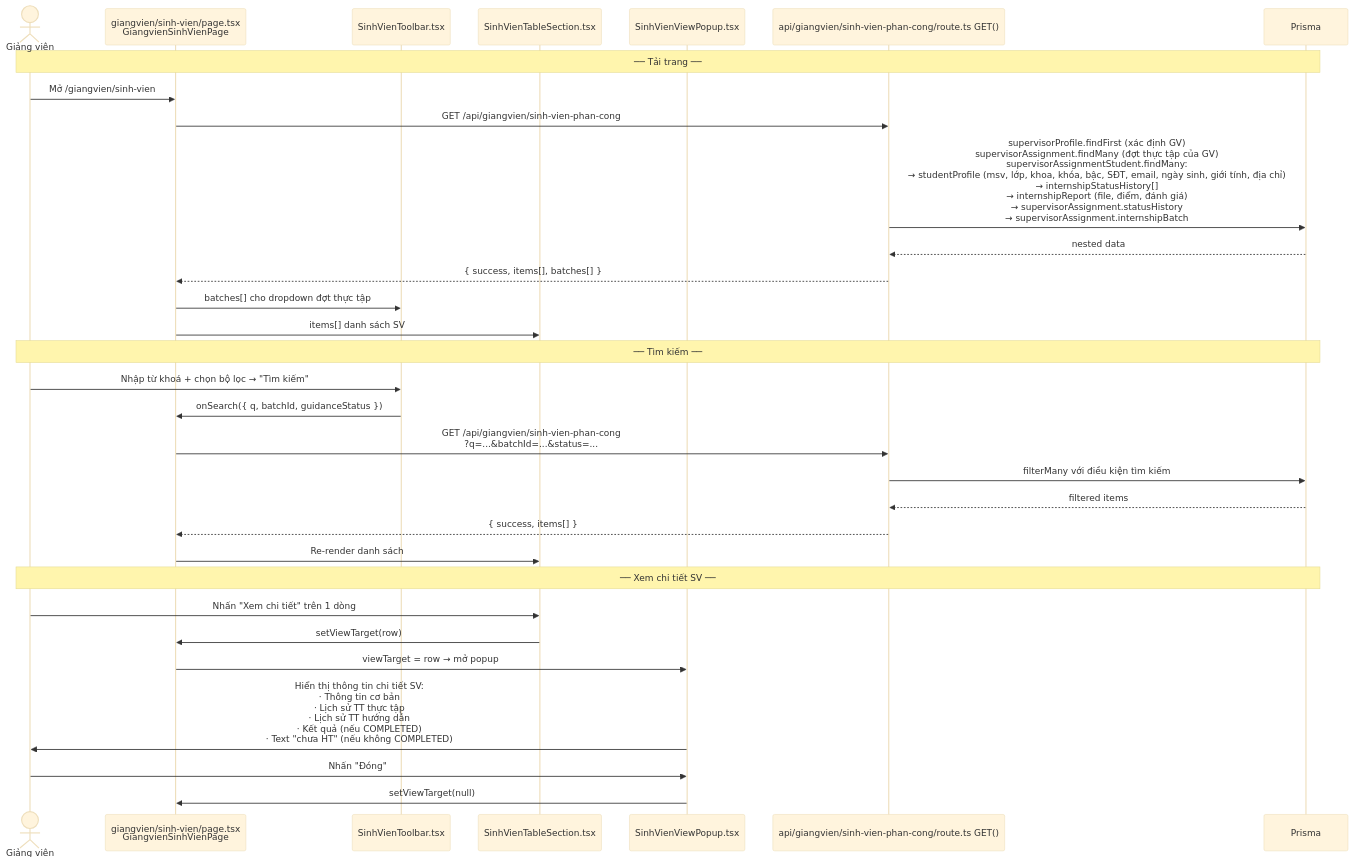
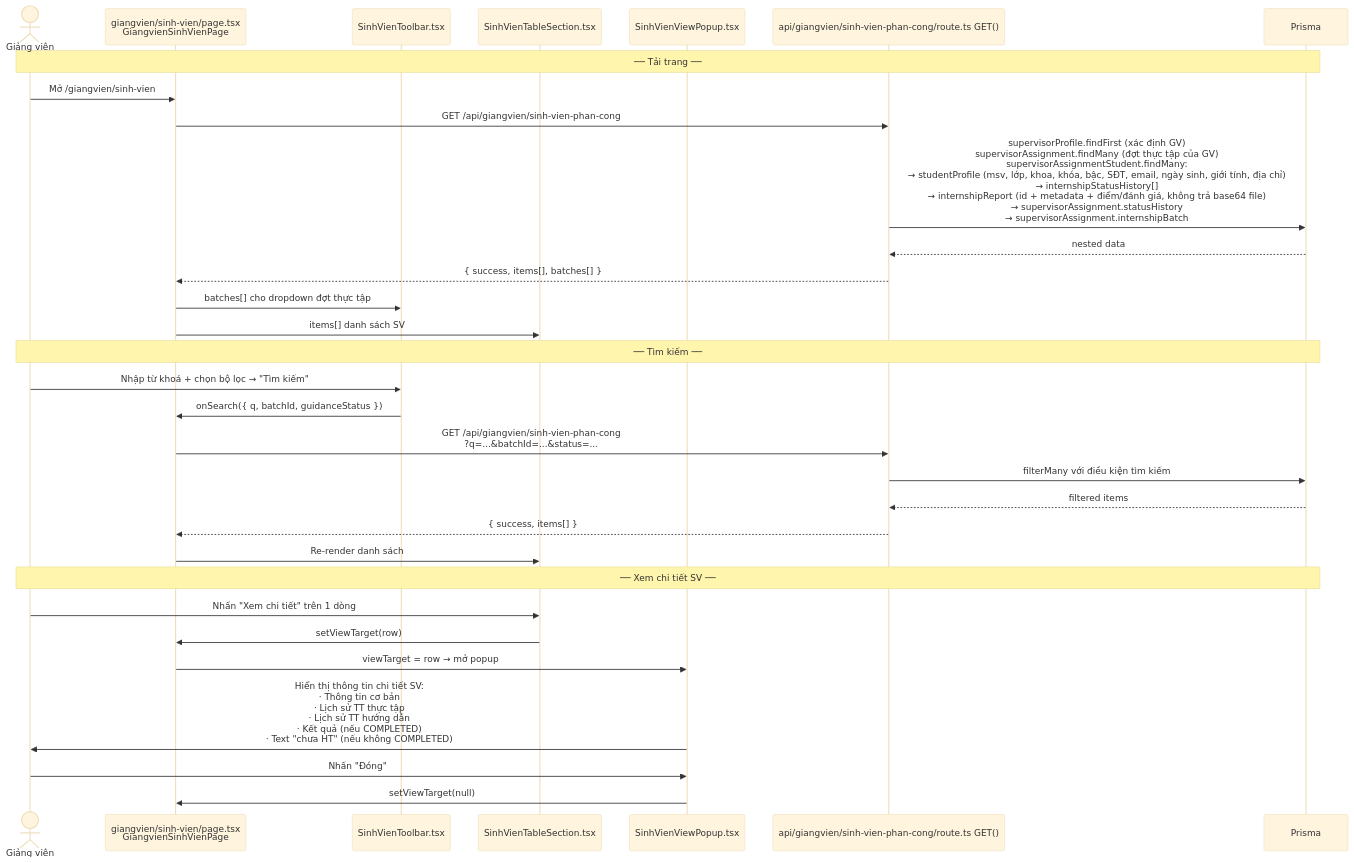
The second of 6 diagrams in docs/giangvien.md (dmt041104111003/manage_utc), drawn with Mermaid (base theme) before and after one commit. The commit also changed other lines of this file and 2 other files, not shown here.

````diff
--- a/docs/giangvien.md
+++ b/docs/giangvien.md
@@ -176,36 +179,36 @@
 ```mermaid
 sequenceDiagram
     actor GV as Giảng viên
     participant Page as giangvien/sinh-vien/page.tsx<br/>GiangvienSinhVienPage
     participant Toolbar as SinhVienToolbar.tsx
     participant Table as SinhVienTableSection.tsx
     participant Popup as SinhVienViewPopup.tsx
     participant API as api/giangvien/sinh-vien-phan-cong/route.ts GET()
     participant DB as Prisma
 
     Note over GV,DB: ── Tải trang ──
     GV->>Page: Mở /giangvien/sinh-vien
     Page->>API: GET /api/giangvien/sinh-vien-phan-cong
-    API->>DB: supervisorProfile.findFirst (xác định GV)<br/>supervisorAssignment.findMany (đợt thực tập của GV)<br/>supervisorAssignmentStudent.findMany:<br/>  → studentProfile (msv, lớp, khoa, khóa, bậc, SĐT, email, ngày sinh, giới tính, địa chỉ)<br/>  → internshipStatusHistory[]<br/>  → internshipReport (file, điểm, đánh giá)<br/>  → supervisorAssignment.statusHistory<br/>  → supervisorAssignment.internshipBatch
+    API->>DB: supervisorProfile.findFirst (xác định GV)<br/>supervisorAssignment.findMany (đợt thực tập của GV)<br/>supervisorAssignmentStudent.findMany:<br/>  → studentProfile (msv, lớp, khoa, khóa, bậc, SĐT, email, ngày sinh, giới tính, địa chỉ)<br/>  → internshipStatusHistory[]<br/>  → internshipReport (id + metadata + điểm/đánh giá, không trả base64 file)<br/>  → supervisorAssignment.statusHistory<br/>  → supervisorAssignment.internshipBatch
     DB-->>API: nested data
     API-->>Page: { success, items[], batches[] }
     Page->>Toolbar: batches[] cho dropdown đợt thực tập
     Page->>Table: items[] danh sách SV
 
     Note over GV,DB: ── Tìm kiếm ──
     GV->>Toolbar: Nhập từ khoá + chọn bộ lọc → "Tìm kiếm"
     Toolbar->>Page: onSearch({ q, batchId, guidanceStatus })
     Page->>API: GET /api/giangvien/sinh-vien-phan-cong<br/>?q=...&batchId=...&status=...
     API->>DB: filterMany với điều kiện tìm kiếm
     DB-->>API: filtered items
     API-->>Page: { success, items[] }
     Page->>Table: Re-render danh sách
 
     Note over GV,DB: ── Xem chi tiết SV ──
     GV->>Table: Nhấn "Xem chi tiết" trên 1 dòng
     Table->>Page: setViewTarget(row)
     Page->>Popup: viewTarget = row → mở popup
     Popup->>GV: Hiển thị thông tin chi tiết SV:<br/>· Thông tin cơ bản<br/>· Lịch sử TT thực tập<br/>· Lịch sử TT hướng dẫn<br/>· Kết quả (nếu COMPLETED)<br/>· Text "chưa HT" (nếu không COMPLETED)
     GV->>Popup: Nhấn "Đóng"
     Popup->>Page: setViewTarget(null)
 ```
````
